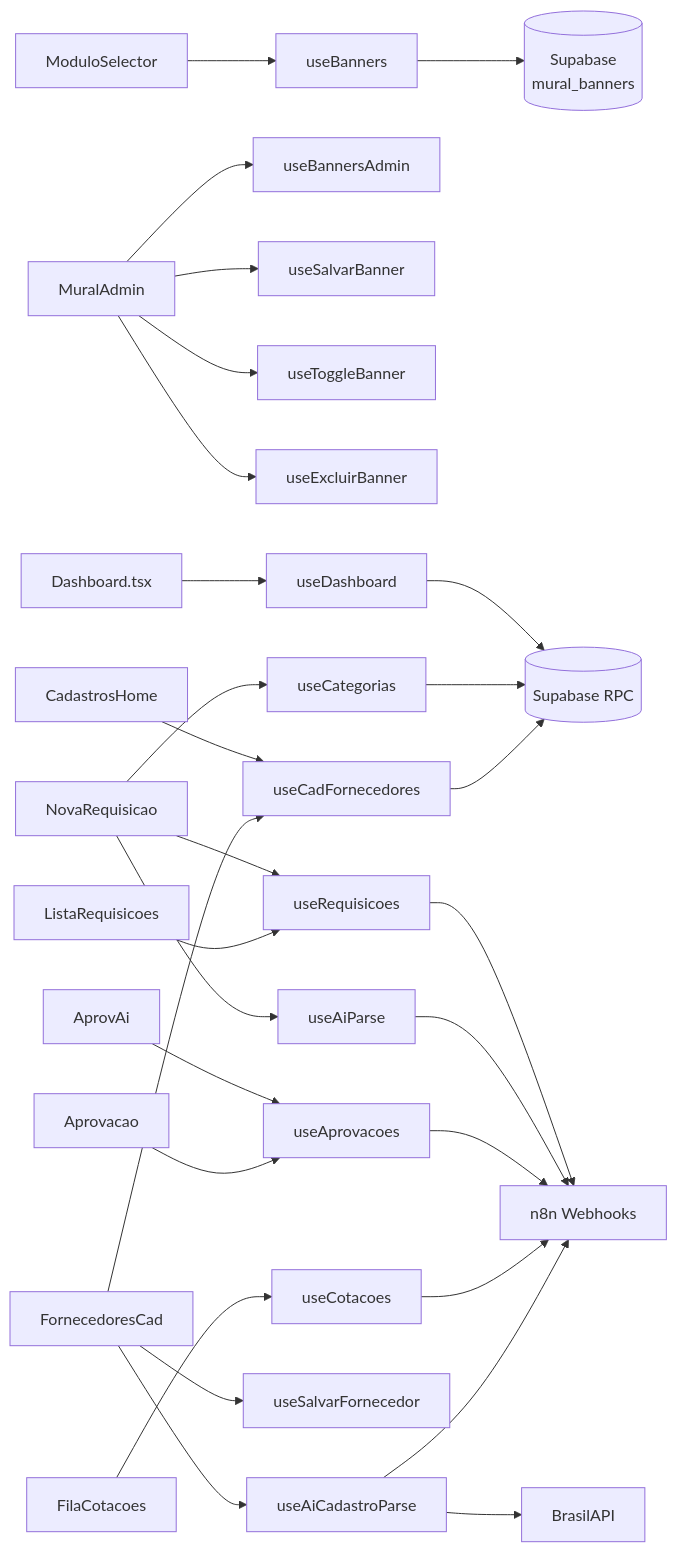
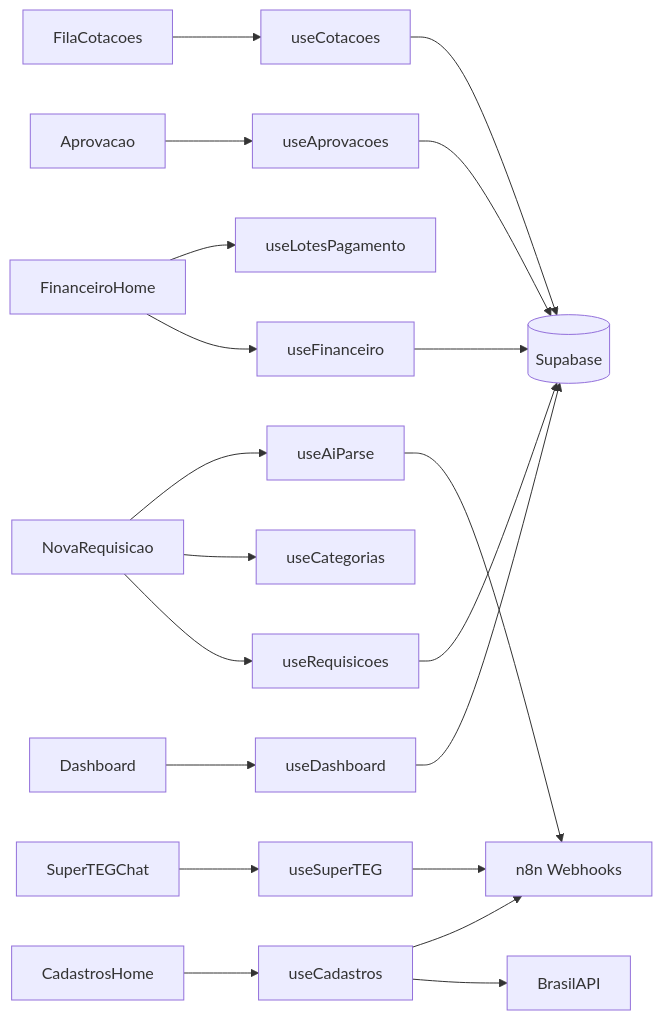
Before and after one commit to leandroteg/teg-plus: the diagram in docs/obsidian/05 - Hooks Customizados.md, drawn with Mermaid. The commit also changed other lines of this file and 23 other files, not shown here.

````diff
--- a/docs/obsidian/05 - Hooks Customizados.md
+++ b/docs/obsidian/05 - Hooks Customizados.md
@@ -314,33 +456,26 @@
 ```mermaid
 graph LR
-    MOD[ModuloSelector] --> UB[useBanners]
-    MA[MuralAdmin] --> UBA[useBannersAdmin]
-    MA --> USB[useSalvarBanner]
-    MA --> UTB[useToggleBanner]
-    MA --> UEB[useExcluirBanner]
-
-    D[Dashboard.tsx] --> UD[useDashboard]
+    D[Dashboard] --> UD[useDashboard]
     NR[NovaRequisicao] --> UR[useRequisicoes]
     NR --> UC[useCategorias]
     NR --> UA[useAiParse]
-    LR[ListaRequisicoes] --> UR
     FC[FilaCotacoes] --> UCT[useCotacoes]
-    AI[AprovAi] --> UAP[useAprovacoes]
-    APV[Aprovacao] --> UAP
-
-    UB --> SB[(Supabase\nmural_banners)]
-    UD --> SB2[(Supabase RPC)]
-    UR --> N8N[n8n Webhooks]
+    APV[Aprovacao] --> UAP[useAprovacoes]
+    
+    FIN[FinanceiroHome] --> UF[useFinanceiro]
+    FIN --> ULP[useLotesPagamento]
+    
+    CADH[CadastrosHome] --> UCD[useCadastros]
+    UCD --> BAPI[BrasilAPI]
+    UCD --> N8N[n8n Webhooks]
+    
+    UD --> SB[(Supabase)]
+    UR --> SB
     UA --> N8N
-    UAP --> N8N
-    UCT --> N8N
-    UC --> SB2
-
-    CADH[CadastrosHome] --> UCF[useCadFornecedores]
-    FORNC[FornecedoresCad] --> UCF
-    FORNC --> USF[useSalvarFornecedor]
-    FORNC --> UAIP[useAiCadastroParse]
-    UAIP --> BAPI[BrasilAPI]
-    UAIP --> N8N
-    UCF --> SB2
+    UAP --> SB
+    UCT --> SB
+    UF --> SB
+    
+    ST[SuperTEGChat] --> UST[useSuperTEG]
+    UST --> N8N
 ```
````
